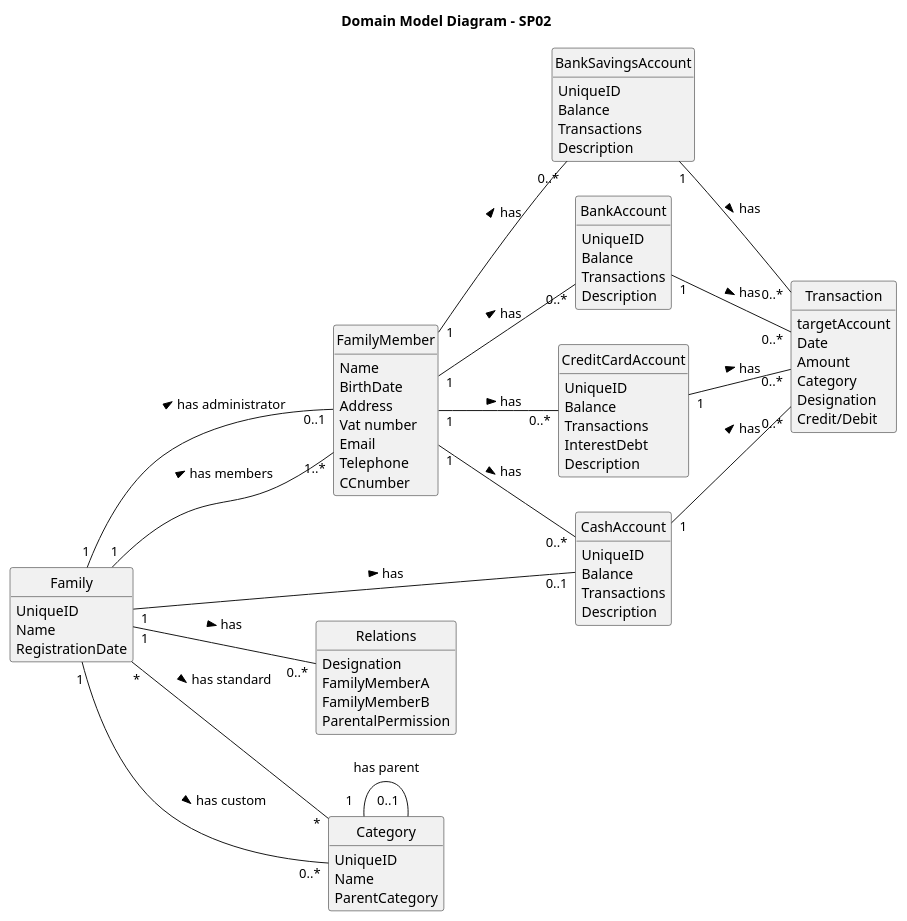
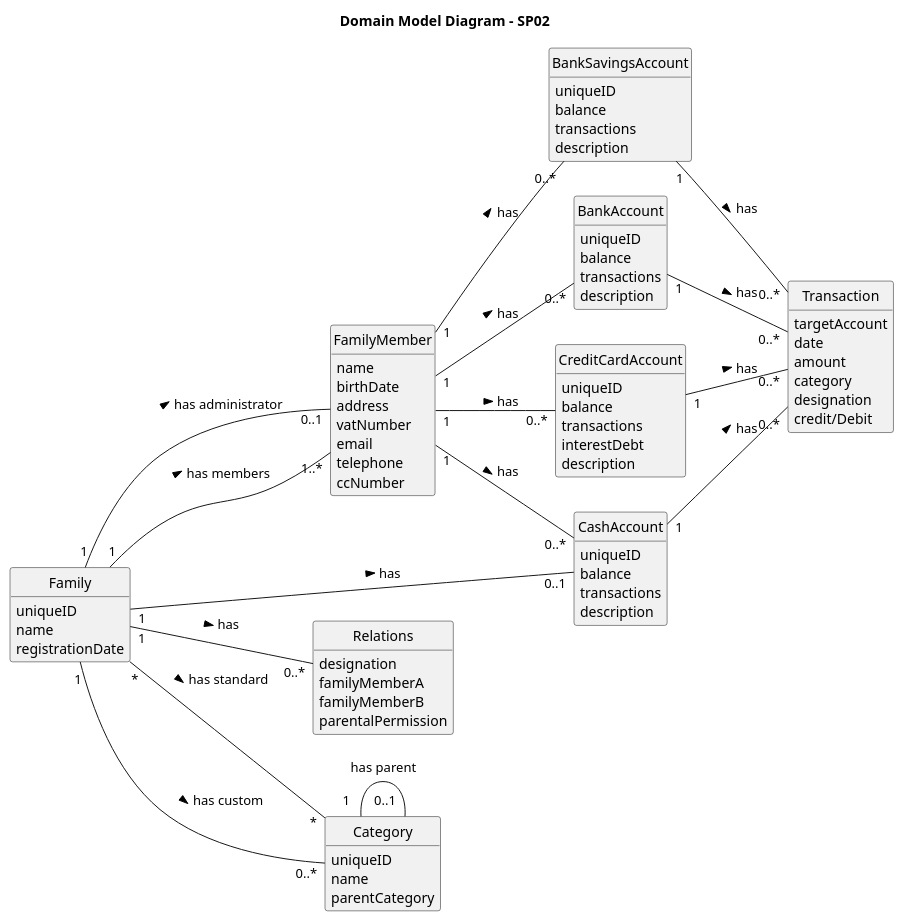
Before and after one commit to tomas-osswald/switch_2020_g3: the diagram in docs/sprint2/diagrams/DomainModelDiagram.puml, drawn with PlantUML. The commit also changed 6 other files, not shown here.

```diff
--- a/docs/sprint2/diagrams/DomainModelDiagram.puml
+++ b/docs/sprint2/diagrams/DomainModelDiagram.puml
@@ -1,96 +1,96 @@
 @startuml
 
 hide empty members
 hide circles
 left to right direction
 title Domain Model Diagram - SP02
 
 
 class Family {
-UniqueID
-Name
-RegistrationDate
+uniqueID
+name
+registrationDate
 }
 
 class FamilyMember {
-Name
-BirthDate
-Address
-Vat number
-Email
-Telephone
-CCnumber
+name
+birthDate
+address
+vatNumber
+email
+telephone
+ccNumber
 }
 
 
 class BankSavingsAccount {
-UniqueID
-Balance
-Transactions
-Description
+uniqueID
+balance
+transactions
+description
 }
 
 class BankAccount {
-UniqueID
-Balance
-Transactions
-Description
+uniqueID
+balance
+transactions
+description
 }
 
 class CreditCardAccount {
-UniqueID
-Balance
-Transactions
-InterestDebt
-Description
+uniqueID
+balance
+transactions
+interestDebt
+description
 }
 
 
 class CashAccount {
-UniqueID
-Balance
-Transactions
-Description
+uniqueID
+balance
+transactions
+description
 }
 
 class Relations {
-Designation
-FamilyMemberA
-FamilyMemberB
-ParentalPermission
+designation
+familyMemberA
+familyMemberB
+parentalPermission
 }
 
 
 class Category {
-UniqueID
-Name
-ParentCategory
+uniqueID
+name
+parentCategory
 }
 
 class Transaction {
 targetAccount
-Date
-Amount
-Category
-Designation
-Credit/Debit
+date
+amount
+category
+designation
+credit/Debit
 }
 
 Family "*" -- "*" Category : has standard >
 Family "1" -- "0..*" Category : has custom >
 Family "1" -- "0..1" CashAccount : has >
 Family "1" -- "0..1" FamilyMember : has administrator >
 Family "1" -- "1..*" FamilyMember : has members >
 Family "1" -- "0..*" Relations : has >
 'Relation has the FamilyMembers to whom it pertains
 FamilyMember "1" -- "0..*" BankSavingsAccount : has >
 FamilyMember "1" -- "0..*" CreditCardAccount : has >
 FamilyMember "1" -- "0..*" BankAccount : has >
 FamilyMember "1" -- "0..*" CashAccount : has >
 CashAccount "1" -- "0..*" Transaction : has >
 CreditCardAccount "1" -- "0..*" Transaction : has >
 BankAccount "1" -- "0..*" Transaction : has >
 BankSavingsAccount "1" -- "0..*" Transaction : has >
 Category "1  " -- " 0..1   " Category : has parent
 
 @enduml
```
